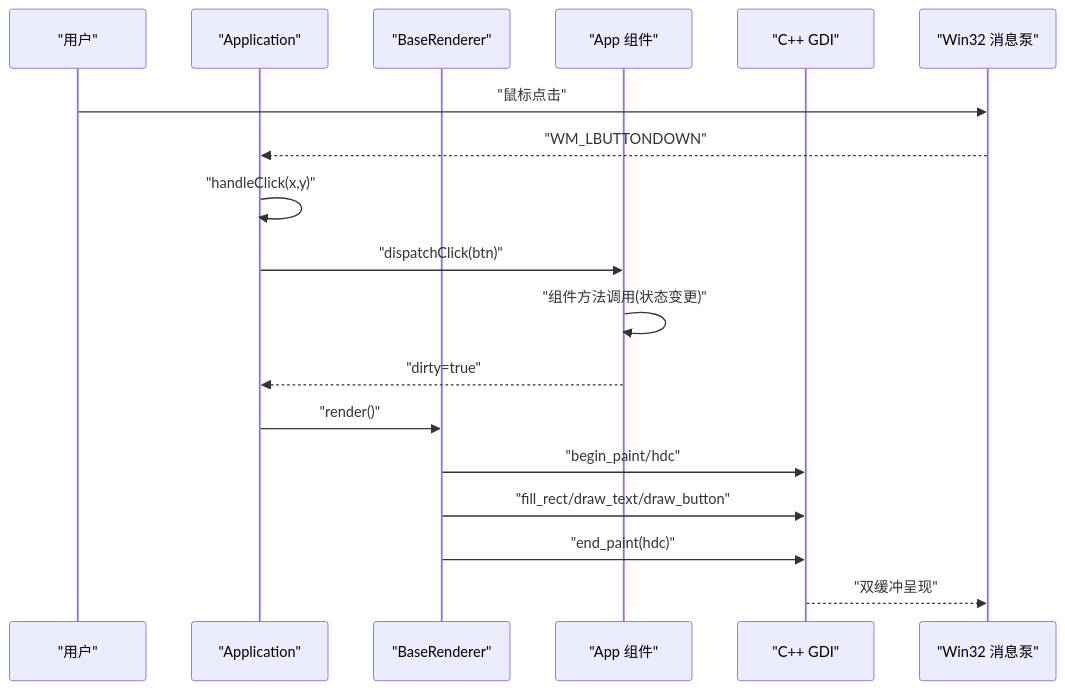
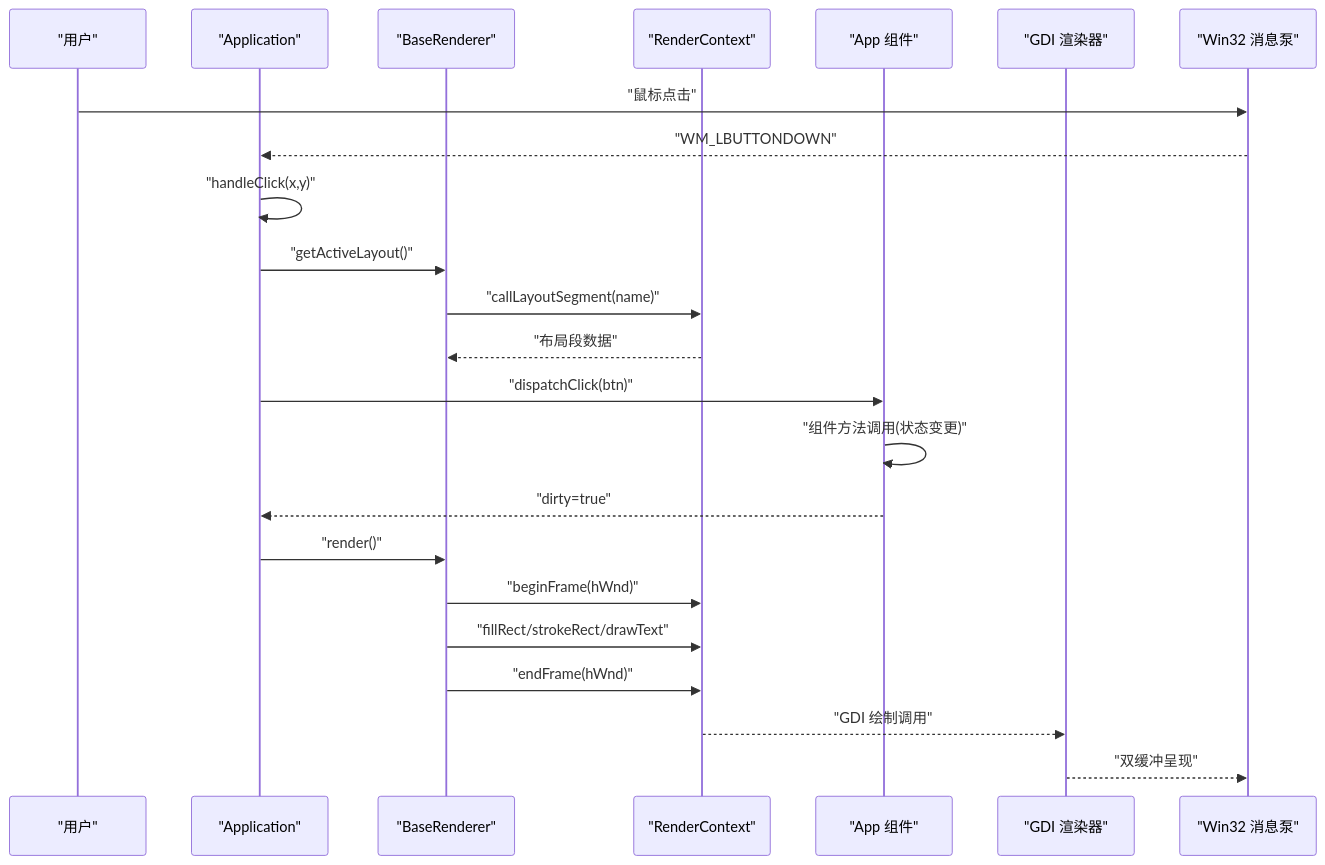
One commit to xingye00186/PHP-Data-UI-Framework-powered-by-swooleAOT changed the second of 8 diagrams in .qoder/repowiki/zh/content/应用程序生命周期/应用程序生命周期.md. Above: the diagram before and after it, drawn with Mermaid. The commit also changed other lines of this file and 10 other files, not shown here.

````diff
--- a/.qoder/repowiki/zh/content/应用程序生命周期/应用程序生命周期.md
+++ b/.qoder/repowiki/zh/content/应用程序生命周期/应用程序生命周期.md
@@ -101,20 +122,25 @@
 ```mermaid
 sequenceDiagram
 participant User as "用户"
 participant App as "Application"
 participant Renderer as "BaseRenderer"
+participant Context as "RenderContext"
 participant PHP as "App 组件"
-participant Cpp as "C++ GDI"
+participant GDI as "GDI 渲染器"
 participant OS as "Win32 消息泵"
 User->>OS : "鼠标点击"
 OS-->>App : "WM_LBUTTONDOWN"
 App->>App : "handleClick(x,y)"
+App->>Renderer : "getActiveLayout()"
+Renderer->>Context : "callLayoutSegment(name)"
+Context-->>Renderer : "布局段数据"
 App->>PHP : "dispatchClick(btn)"
 PHP->>PHP : "组件方法调用(状态变更)"
 PHP-->>App : "dirty=true"
 App->>Renderer : "render()"
-Renderer->>Cpp : "begin_paint/hdc"
-Renderer->>Cpp : "fill_rect/draw_text/draw_button"
-Renderer->>Cpp : "end_paint(hdc)"
-Cpp-->>OS : "双缓冲呈现"
+Renderer->>Context : "beginFrame(hWnd)"
+Renderer->>Context : "fillRect/strokeRect/drawText"
+Renderer->>Context : "endFrame(hWnd)"
+Context-->>GDI : "GDI 绘制调用"
+GDI-->>OS : "双缓冲呈现"
 ```
````
